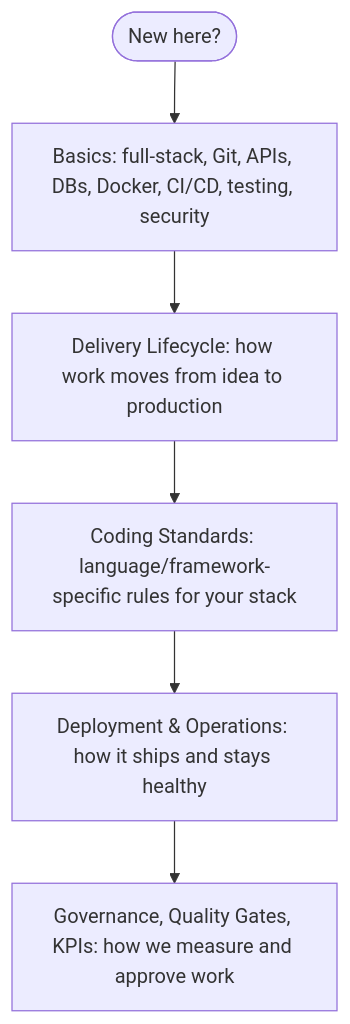
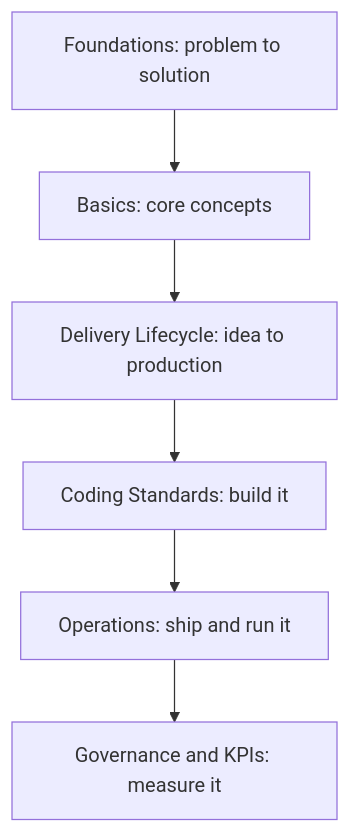
The diagram in docs/getting-started.md (jmd264-yogesh/fullstack-playbook), drawn with Mermaid before and after one commit. The commit also changed other lines of this file and 589 other files, not shown here.

````diff
--- a/docs/getting-started.md
+++ b/docs/getting-started.md
@@ -21,8 +24,8 @@
 ```mermaid
 flowchart TD
-    Start([New here?]) --> Basics[Basics: full-stack, Git, APIs, DBs, Docker, CI/CD, testing, security]
-    Basics --> Lifecycle[Delivery Lifecycle: how work moves from idea to production]
-    Lifecycle --> Standards[Coding Standards: language/framework-specific rules for your stack]
-    Standards --> Deploy[Deployment & Operations: how it ships and stays healthy]
-    Deploy --> Gov[Governance, Quality Gates, KPIs: how we measure and approve work]
+    A[Foundations: problem to solution] --> B[Basics: core concepts]
+    B --> C[Delivery Lifecycle: idea to production]
+    C --> D[Coding Standards: build it]
+    D --> E[Operations: ship and run it]
+    E --> F[Governance and KPIs: measure it]
 ```
````
